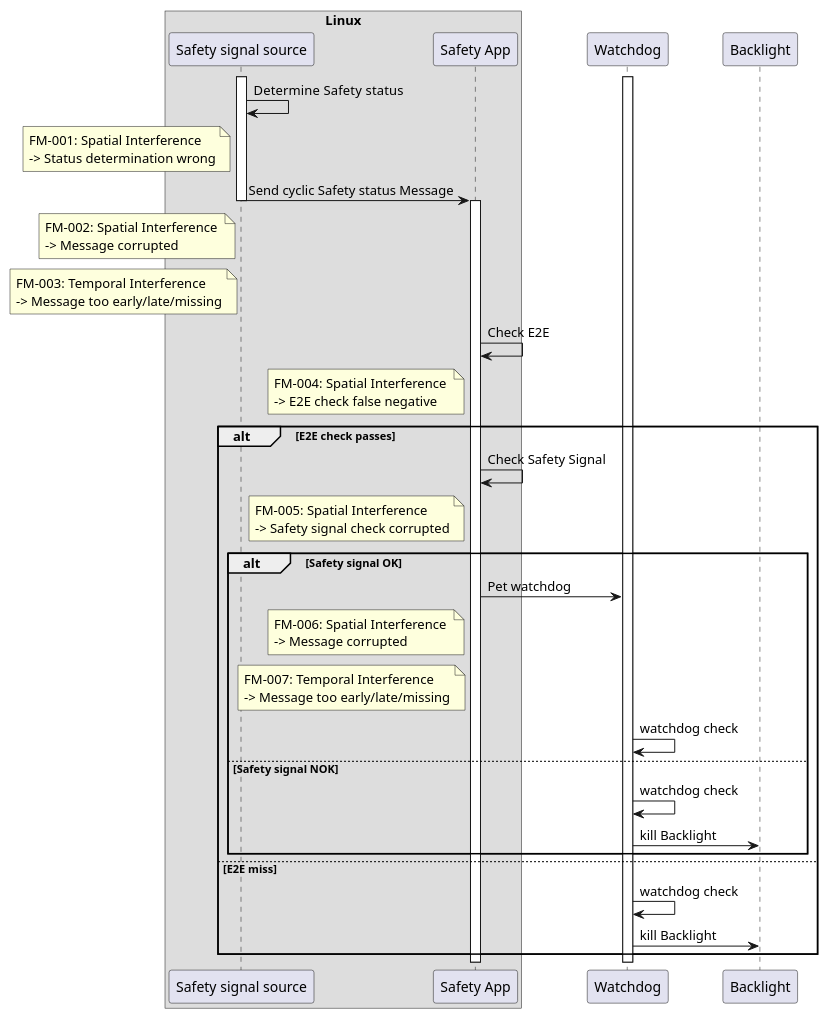
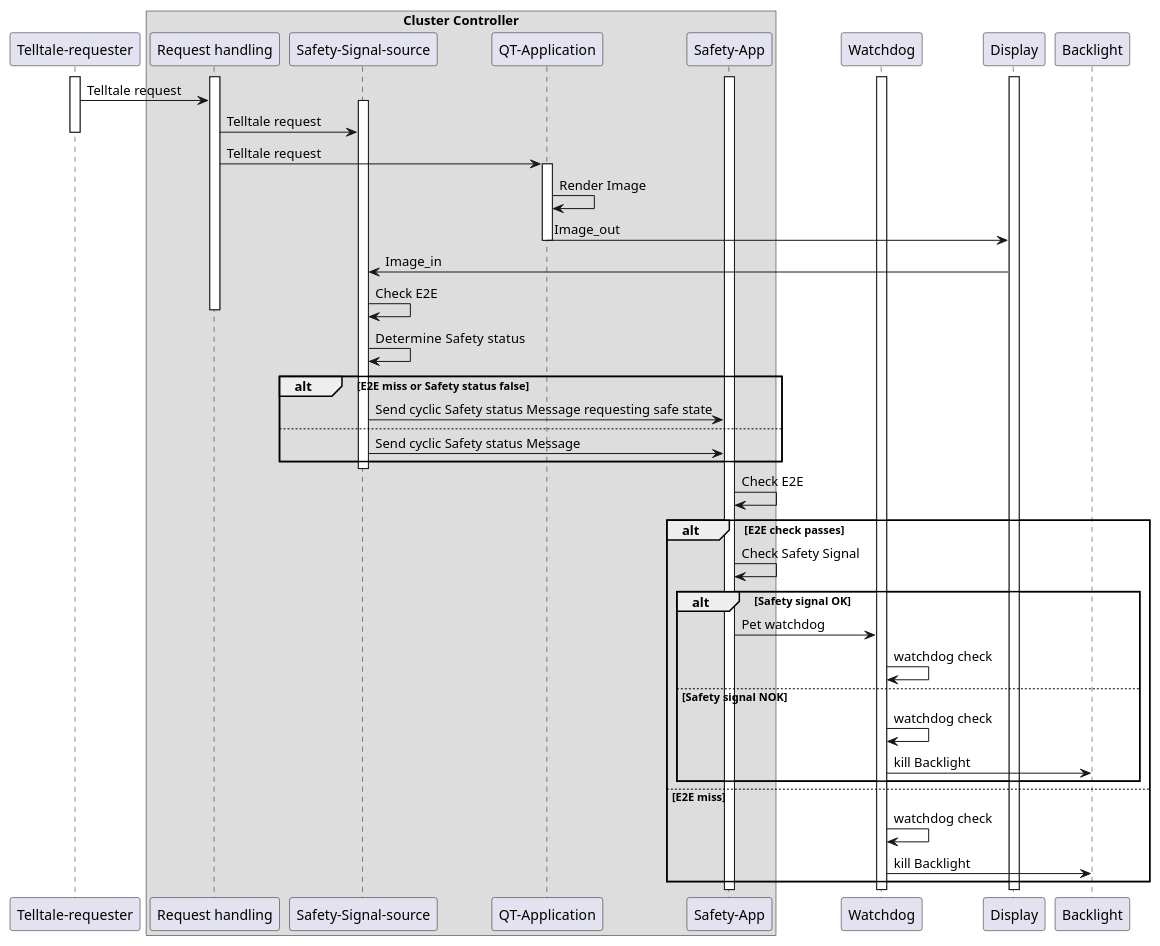
Before and after one commit to elisa-tech/wg-automotive: the diagram in AGL_cluster_demo_use_case/Architecture/Sequence-Diagram/Sequence_diagram.puml, drawn with PlantUML. The commit also changed 9 other files, not shown here.

```diff
--- a/AGL_cluster_demo_use_case/Architecture/Sequence-Diagram/Sequence_diagram.puml
+++ b/AGL_cluster_demo_use_case/Architecture/Sequence-Diagram/Sequence_diagram.puml
@@ -1,38 +1,57 @@
 @startuml
 'skinparam wrapWidth 200
-box "Linux"
-participant "Safety signal source" order 10
-participant "Safety App" order 20
+participant "Telltale-requester"
+
+box "Cluster Controller"
+participant "Request handling" order 5
+participant "Safety-Signal-source" order 10
+participant "QT-Application" order 15
+participant "Safety-App" order 20
 end box
 participant "Watchdog" order 30
+participant "Display" order 35
 participant "Backlight" order 40
 
 
-activate "Safety signal source"
+activate "Display"
+activate "Telltale-requester"
+activate "Request handling"
 activate "Watchdog"
-"Safety signal source" -> "Safety signal source": Determine  Safety status
-note left of "Safety signal source":FM-001: Spatial Interference \n-> Status determination wrong   
-"Safety signal source" -> "Safety App": Send cyclic Safety status Message
-note left of "Safety signal source":FM-002: Spatial Interference \n-> Message corrupted
-note left of "Safety signal source":FM-003: Temporal Interference \n-> Message too early/late/missing
-deactivate "Safety signal source"
-activate "Safety App"
-"Safety App" -> "Safety App": Check E2E
-note left of "Safety App":FM-004: Spatial Interference \n-> E2E check false negative
+"Telltale-requester" -> "Request handling" : Telltale request
+activate "Safety-Signal-source"
+"Request handling" -> "Safety-Signal-source": Telltale request
+deactivate "Telltale-requester"
+
+"Request handling" -> "QT-Application" : Telltale request
+activate "QT-Application"
+"QT-Application" -> "QT-Application" : Render Image
+
+"QT-Application" -> "Display": Image_out
+deactivate "QT-Application"
+"Display" ->  "Safety-Signal-source" : Image_in
+"Safety-Signal-source" -> "Safety-Signal-source" : Check E2E
+
+deactivate "Request handling"
+"Safety-Signal-source" -> "Safety-Signal-source": Determine  Safety status
+alt E2E miss or Safety status false
+"Safety-Signal-source" -> "Safety-App": Send cyclic Safety status Message requesting safe state
+else 
+"Safety-Signal-source" -> "Safety-App": Send cyclic Safety status Message
+end
+deactivate "Safety-Signal-source"
+activate "Safety-App"
+"Safety-App" -> "Safety-App": Check E2E
 alt E2E check passes
-"Safety App" -> "Safety App": Check Safety Signal
-note left of "Safety App":FM-005: Spatial Interference \n-> Safety signal check corrupted
+"Safety-App" -> "Safety-App": Check Safety Signal
 alt Safety signal OK
-"Safety App" -> "Watchdog": Pet watchdog
-note left of "Safety App":FM-006: Spatial Interference \n-> Message corrupted
-note left of "Safety App":FM-007: Temporal Interference \n-> Message too early/late/missing
+"Safety-App" -> "Watchdog": Pet watchdog
 "Watchdog" -> "Watchdog": watchdog check
 else Safety signal NOK
 "Watchdog" -> "Watchdog": watchdog check
 "Watchdog" -> "Backlight": kill Backlight
 end
 else E2E miss
 "Watchdog" -> "Watchdog": watchdog check
 "Watchdog" -> "Backlight": kill Backlight
 end
 @enduml
```
